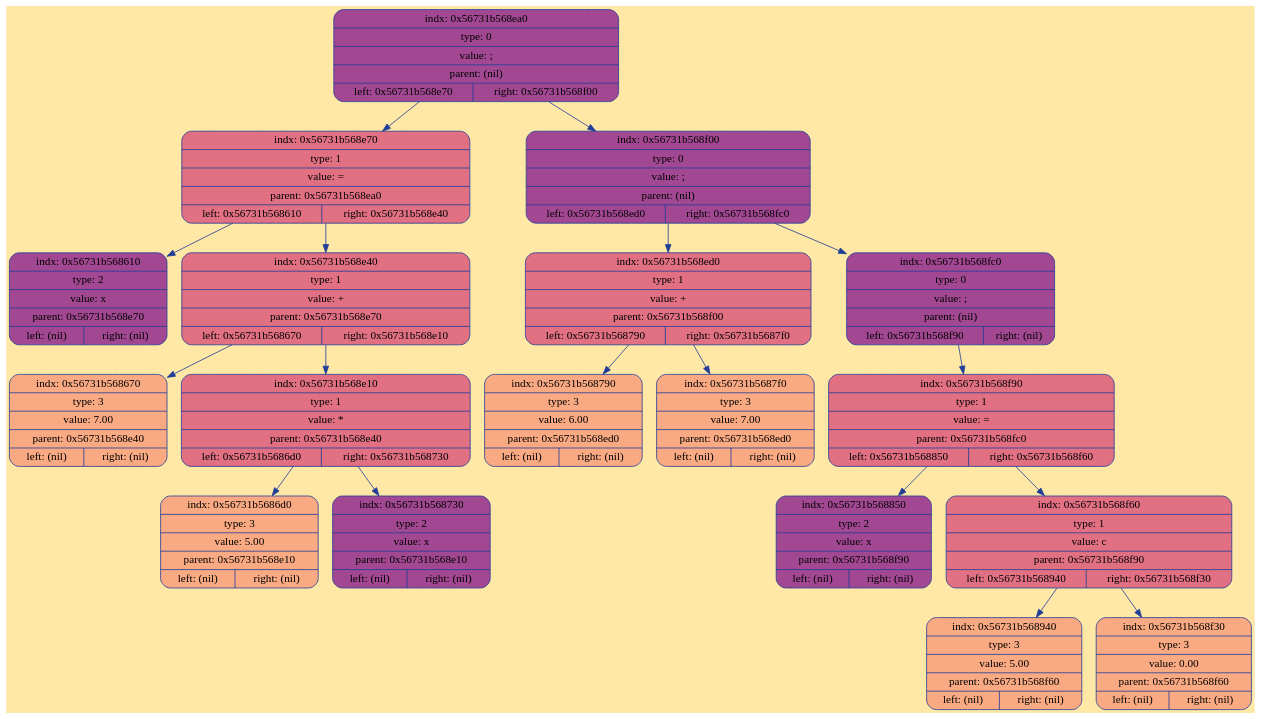
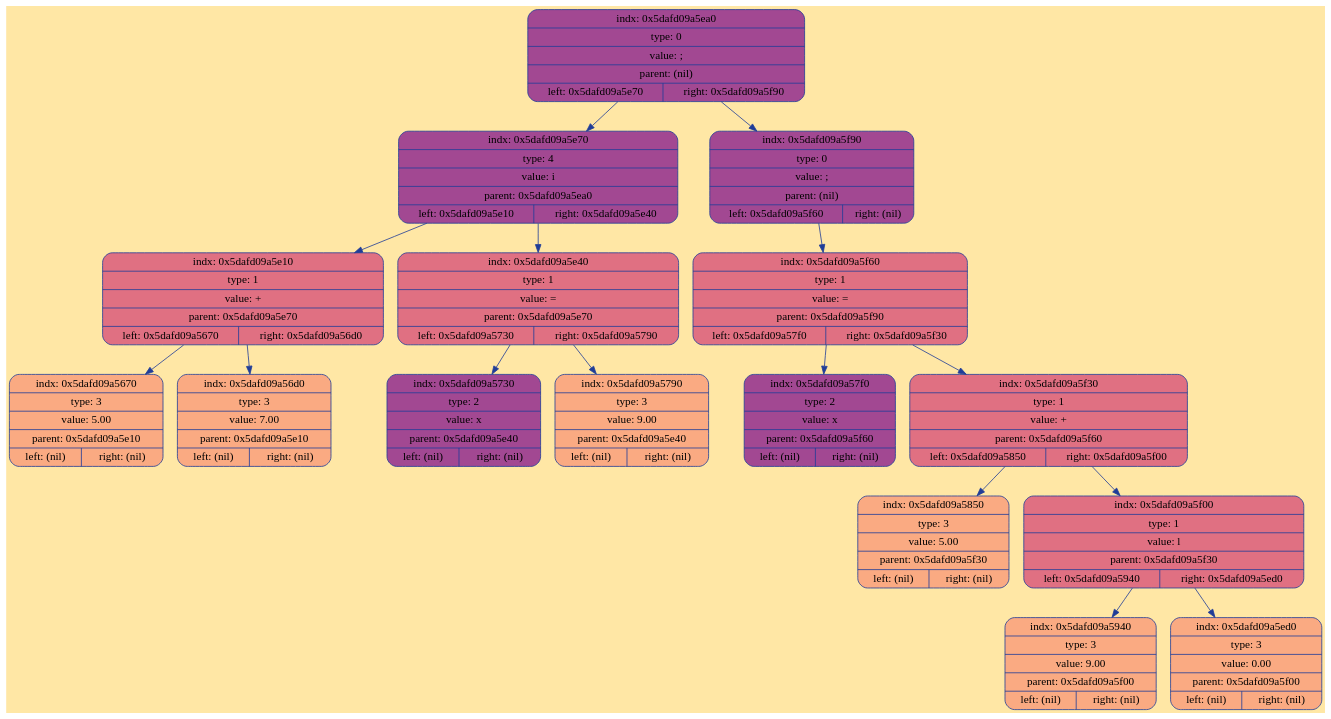
Before and after one commit to ksshkh/language: the diagram in frontend/debug/tree.dot, drawn with Graphviz. The commit also changed 3 other files, not shown here.

```diff
--- a/frontend/debug/tree.dot
+++ b/frontend/debug/tree.dot
@@ -1,41 +1,37 @@
 digraph Tree {
 	rankdir = TB;
 	node [shape = record];
 	edge [color = "#203D98"];
 	bgcolor = "#FFE7A5";
-	node0x56731b568ea0 [color = "#203D98", shape = Mrecord, style = filled, fillcolor = "#A24892", label = "{indx: 0x56731b568ea0 | type: 0 | value: ; | parent: (nil) | { left: 0x56731b568e70 | right: 0x56731b568f00}}"];
-		node0x56731b568ea0 -> node0x56731b568e70
-	node0x56731b568e70 [color = "#203D98", shape = Mrecord, style = filled, fillcolor = "#E07082", label = "{indx: 0x56731b568e70 | type: 1 | value: = | parent: 0x56731b568ea0 | { left: 0x56731b568610 | right: 0x56731b568e40}}"];
-		node0x56731b568e70 -> node0x56731b568610
-	node0x56731b568610 [color = "#203D98", shape = Mrecord, style = filled, fillcolor = "#A24892", label = "{indx: 0x56731b568610 | type: 2 | value: x | parent: 0x56731b568e70 | { left: (nil) | right: (nil)}}"];
-		node0x56731b568e70 -> node0x56731b568e40
-	node0x56731b568e40 [color = "#203D98", shape = Mrecord, style = filled, fillcolor = "#E07082", label = "{indx: 0x56731b568e40 | type: 1 | value: + | parent: 0x56731b568e70 | { left: 0x56731b568670 | right: 0x56731b568e10}}"];
-		node0x56731b568e40 -> node0x56731b568670
-	node0x56731b568670 [color = "#203D98", shape = Mrecord, style = filled, fillcolor = "#FAAA82", label = "{indx: 0x56731b568670 | type: 3 | value: 7.00 | parent: 0x56731b568e40 | { left: (nil) | right: (nil)}}"];
-		node0x56731b568e40 -> node0x56731b568e10
-	node0x56731b568e10 [color = "#203D98", shape = Mrecord, style = filled, fillcolor = "#E07082", label = "{indx: 0x56731b568e10 | type: 1 | value: * | parent: 0x56731b568e40 | { left: 0x56731b5686d0 | right: 0x56731b568730}}"];
-		node0x56731b568e10 -> node0x56731b5686d0
-	node0x56731b5686d0 [color = "#203D98", shape = Mrecord, style = filled, fillcolor = "#FAAA82", label = "{indx: 0x56731b5686d0 | type: 3 | value: 5.00 | parent: 0x56731b568e10 | { left: (nil) | right: (nil)}}"];
-		node0x56731b568e10 -> node0x56731b568730
-	node0x56731b568730 [color = "#203D98", shape = Mrecord, style = filled, fillcolor = "#A24892", label = "{indx: 0x56731b568730 | type: 2 | value: x | parent: 0x56731b568e10 | { left: (nil) | right: (nil)}}"];
-		node0x56731b568ea0 -> node0x56731b568f00
-	node0x56731b568f00 [color = "#203D98", shape = Mrecord, style = filled, fillcolor = "#A24892", label = "{indx: 0x56731b568f00 | type: 0 | value: ; | parent: (nil) | { left: 0x56731b568ed0 | right: 0x56731b568fc0}}"];
-		node0x56731b568f00 -> node0x56731b568ed0
-	node0x56731b568ed0 [color = "#203D98", shape = Mrecord, style = filled, fillcolor = "#E07082", label = "{indx: 0x56731b568ed0 | type: 1 | value: + | parent: 0x56731b568f00 | { left: 0x56731b568790 | right: 0x56731b5687f0}}"];
-		node0x56731b568ed0 -> node0x56731b568790
-	node0x56731b568790 [color = "#203D98", shape = Mrecord, style = filled, fillcolor = "#FAAA82", label = "{indx: 0x56731b568790 | type: 3 | value: 6.00 | parent: 0x56731b568ed0 | { left: (nil) | right: (nil)}}"];
-		node0x56731b568ed0 -> node0x56731b5687f0
-	node0x56731b5687f0 [color = "#203D98", shape = Mrecord, style = filled, fillcolor = "#FAAA82", label = "{indx: 0x56731b5687f0 | type: 3 | value: 7.00 | parent: 0x56731b568ed0 | { left: (nil) | right: (nil)}}"];
-		node0x56731b568f00 -> node0x56731b568fc0
-	node0x56731b568fc0 [color = "#203D98", shape = Mrecord, style = filled, fillcolor = "#A24892", label = "{indx: 0x56731b568fc0 | type: 0 | value: ; | parent: (nil) | { left: 0x56731b568f90 | right: (nil)}}"];
-		node0x56731b568fc0 -> node0x56731b568f90
-	node0x56731b568f90 [color = "#203D98", shape = Mrecord, style = filled, fillcolor = "#E07082", label = "{indx: 0x56731b568f90 | type: 1 | value: = | parent: 0x56731b568fc0 | { left: 0x56731b568850 | right: 0x56731b568f60}}"];
-		node0x56731b568f90 -> node0x56731b568850
-	node0x56731b568850 [color = "#203D98", shape = Mrecord, style = filled, fillcolor = "#A24892", label = "{indx: 0x56731b568850 | type: 2 | value: x | parent: 0x56731b568f90 | { left: (nil) | right: (nil)}}"];
-		node0x56731b568f90 -> node0x56731b568f60
-	node0x56731b568f60 [color = "#203D98", shape = Mrecord, style = filled, fillcolor = "#E07082", label = "{indx: 0x56731b568f60 | type: 1 | value: c | parent: 0x56731b568f90 | { left: 0x56731b568940 | right: 0x56731b568f30}}"];
-		node0x56731b568f60 -> node0x56731b568940
-	node0x56731b568940 [color = "#203D98", shape = Mrecord, style = filled, fillcolor = "#FAAA82", label = "{indx: 0x56731b568940 | type: 3 | value: 5.00 | parent: 0x56731b568f60 | { left: (nil) | right: (nil)}}"];
-		node0x56731b568f60 -> node0x56731b568f30
-	node0x56731b568f30 [color = "#203D98", shape = Mrecord, style = filled, fillcolor = "#FAAA82", label = "{indx: 0x56731b568f30 | type: 3 | value: 0.00 | parent: 0x56731b568f60 | { left: (nil) | right: (nil)}}"];
+	node0x5dafd09a5ea0 [color = "#203D98", shape = Mrecord, style = filled, fillcolor = "#A24892", label = "{indx: 0x5dafd09a5ea0 | type: 0 | value: ; | parent: (nil) | { left: 0x5dafd09a5e70 | right: 0x5dafd09a5f90}}"];
+		node0x5dafd09a5ea0 -> node0x5dafd09a5e70
+	node0x5dafd09a5e70 [color = "#203D98", shape = Mrecord, style = filled, fillcolor = "#A24892", label = "{indx: 0x5dafd09a5e70 | type: 4 | value: i | parent: 0x5dafd09a5ea0 | { left: 0x5dafd09a5e10 | right: 0x5dafd09a5e40}}"];
+		node0x5dafd09a5e70 -> node0x5dafd09a5e10
+	node0x5dafd09a5e10 [color = "#203D98", shape = Mrecord, style = filled, fillcolor = "#E07082", label = "{indx: 0x5dafd09a5e10 | type: 1 | value: + | parent: 0x5dafd09a5e70 | { left: 0x5dafd09a5670 | right: 0x5dafd09a56d0}}"];
+		node0x5dafd09a5e10 -> node0x5dafd09a5670
+	node0x5dafd09a5670 [color = "#203D98", shape = Mrecord, style = filled, fillcolor = "#FAAA82", label = "{indx: 0x5dafd09a5670 | type: 3 | value: 5.00 | parent: 0x5dafd09a5e10 | { left: (nil) | right: (nil)}}"];
+		node0x5dafd09a5e10 -> node0x5dafd09a56d0
+	node0x5dafd09a56d0 [color = "#203D98", shape = Mrecord, style = filled, fillcolor = "#FAAA82", label = "{indx: 0x5dafd09a56d0 | type: 3 | value: 7.00 | parent: 0x5dafd09a5e10 | { left: (nil) | right: (nil)}}"];
+		node0x5dafd09a5e70 -> node0x5dafd09a5e40
+	node0x5dafd09a5e40 [color = "#203D98", shape = Mrecord, style = filled, fillcolor = "#E07082", label = "{indx: 0x5dafd09a5e40 | type: 1 | value: = | parent: 0x5dafd09a5e70 | { left: 0x5dafd09a5730 | right: 0x5dafd09a5790}}"];
+		node0x5dafd09a5e40 -> node0x5dafd09a5730
+	node0x5dafd09a5730 [color = "#203D98", shape = Mrecord, style = filled, fillcolor = "#A24892", label = "{indx: 0x5dafd09a5730 | type: 2 | value: x | parent: 0x5dafd09a5e40 | { left: (nil) | right: (nil)}}"];
+		node0x5dafd09a5e40 -> node0x5dafd09a5790
+	node0x5dafd09a5790 [color = "#203D98", shape = Mrecord, style = filled, fillcolor = "#FAAA82", label = "{indx: 0x5dafd09a5790 | type: 3 | value: 9.00 | parent: 0x5dafd09a5e40 | { left: (nil) | right: (nil)}}"];
+		node0x5dafd09a5ea0 -> node0x5dafd09a5f90
+	node0x5dafd09a5f90 [color = "#203D98", shape = Mrecord, style = filled, fillcolor = "#A24892", label = "{indx: 0x5dafd09a5f90 | type: 0 | value: ; | parent: (nil) | { left: 0x5dafd09a5f60 | right: (nil)}}"];
+		node0x5dafd09a5f90 -> node0x5dafd09a5f60
+	node0x5dafd09a5f60 [color = "#203D98", shape = Mrecord, style = filled, fillcolor = "#E07082", label = "{indx: 0x5dafd09a5f60 | type: 1 | value: = | parent: 0x5dafd09a5f90 | { left: 0x5dafd09a57f0 | right: 0x5dafd09a5f30}}"];
+		node0x5dafd09a5f60 -> node0x5dafd09a57f0
+	node0x5dafd09a57f0 [color = "#203D98", shape = Mrecord, style = filled, fillcolor = "#A24892", label = "{indx: 0x5dafd09a57f0 | type: 2 | value: x | parent: 0x5dafd09a5f60 | { left: (nil) | right: (nil)}}"];
+		node0x5dafd09a5f60 -> node0x5dafd09a5f30
+	node0x5dafd09a5f30 [color = "#203D98", shape = Mrecord, style = filled, fillcolor = "#E07082", label = "{indx: 0x5dafd09a5f30 | type: 1 | value: + | parent: 0x5dafd09a5f60 | { left: 0x5dafd09a5850 | right: 0x5dafd09a5f00}}"];
+		node0x5dafd09a5f30 -> node0x5dafd09a5850
+	node0x5dafd09a5850 [color = "#203D98", shape = Mrecord, style = filled, fillcolor = "#FAAA82", label = "{indx: 0x5dafd09a5850 | type: 3 | value: 5.00 | parent: 0x5dafd09a5f30 | { left: (nil) | right: (nil)}}"];
+		node0x5dafd09a5f30 -> node0x5dafd09a5f00
+	node0x5dafd09a5f00 [color = "#203D98", shape = Mrecord, style = filled, fillcolor = "#E07082", label = "{indx: 0x5dafd09a5f00 | type: 1 | value: l | parent: 0x5dafd09a5f30 | { left: 0x5dafd09a5940 | right: 0x5dafd09a5ed0}}"];
+		node0x5dafd09a5f00 -> node0x5dafd09a5940
+	node0x5dafd09a5940 [color = "#203D98", shape = Mrecord, style = filled, fillcolor = "#FAAA82", label = "{indx: 0x5dafd09a5940 | type: 3 | value: 9.00 | parent: 0x5dafd09a5f00 | { left: (nil) | right: (nil)}}"];
+		node0x5dafd09a5f00 -> node0x5dafd09a5ed0
+	node0x5dafd09a5ed0 [color = "#203D98", shape = Mrecord, style = filled, fillcolor = "#FAAA82", label = "{indx: 0x5dafd09a5ed0 | type: 3 | value: 0.00 | parent: 0x5dafd09a5f00 | { left: (nil) | right: (nil)}}"];
 }
```
